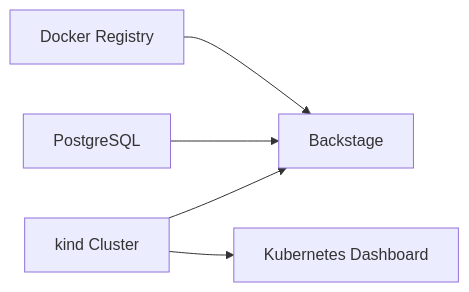
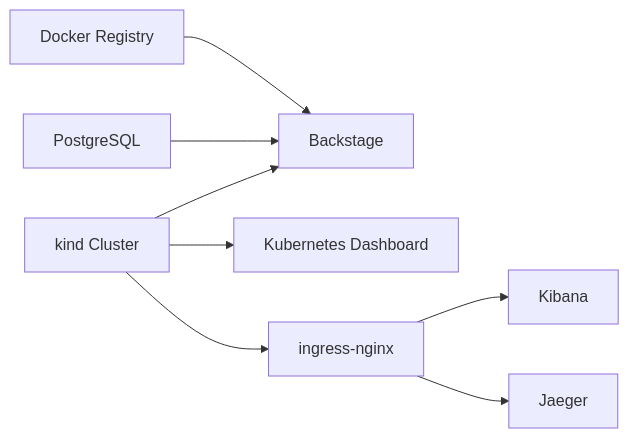
One commit to medimohammadise/elegant-infra-engine changed the third of 3 diagrams in README.md. Above: the diagram before and after it, drawn with Mermaid. The commit also changed other lines of this file and 16 other files, not shown here.

Commit message:
improvement: updated AGENTS.md based on the latest changes in the project architecture

````diff
--- a/README.md
+++ b/README.md
@@ -81,7 +83,10 @@
 ```mermaid
 flowchart LR
   Registry["Docker Registry"] --> BackstageApp["Backstage"]
   PostgresDb["PostgreSQL"] --> BackstageApp
   KindCluster["kind Cluster"] --> BackstageApp
   KindCluster --> DashboardUi["Kubernetes Dashboard"]
+  KindCluster --> Ingress["ingress-nginx"]
+  Ingress --> KibanaUi["Kibana"]
+  Ingress --> JaegerUi["Jaeger"]
 ```
````
